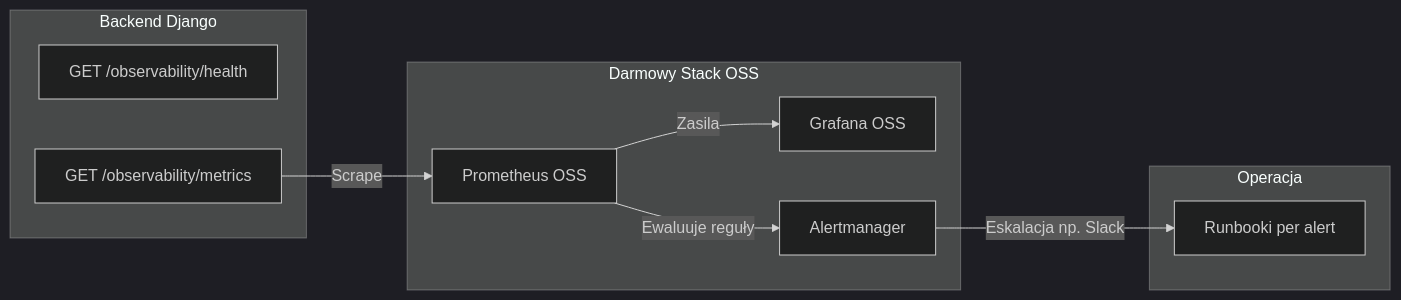
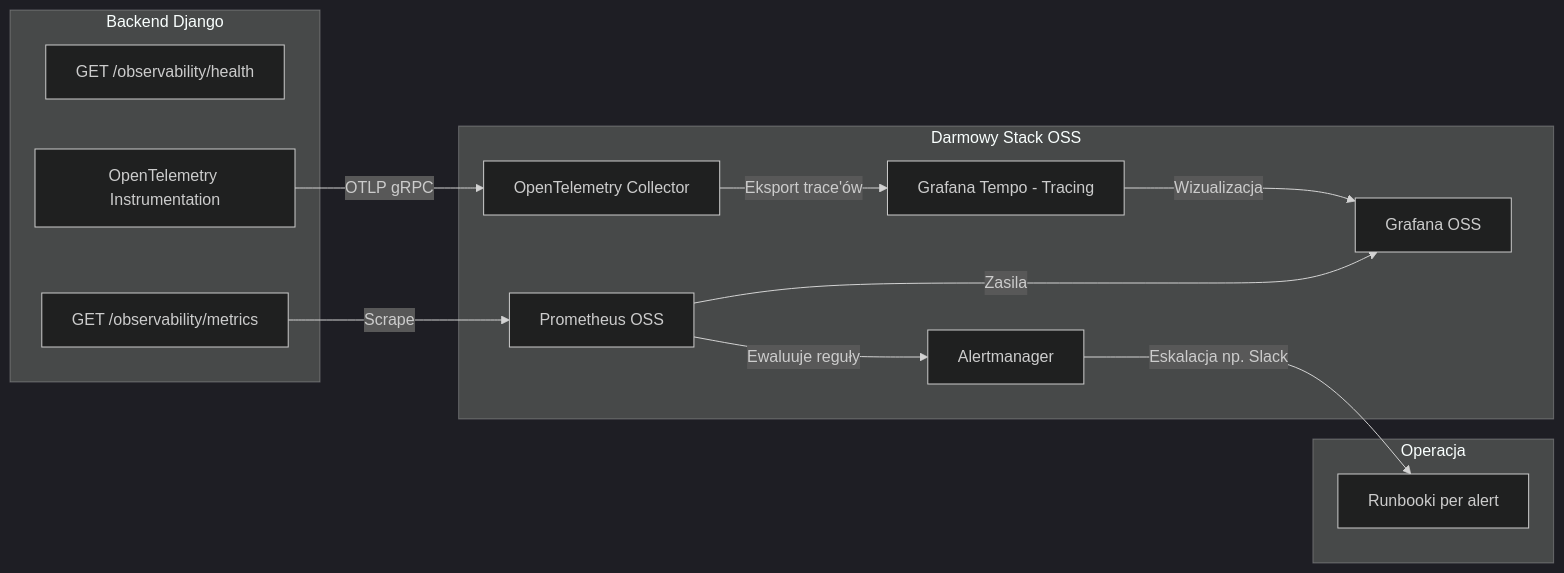
The diagram in .cursor/plans/observability_wdrożenie.plan.md (piotrpopiolek/cogitomedic), drawn with Mermaid (dark theme) before and after one commit. The commit also changed other lines of this file and 9 other files, not shown here.

First line of the commit message:
Implement OpenTelemetry for enhanced observability

````diff
--- a/.cursor/plans/observability_wdrożenie.plan.md
+++ b/.cursor/plans/observability_wdrożenie.plan.md
@@ -43,20 +43,26 @@
 ```mermaid
 flowchart LR
   subgraph backend [Backend Django]
     Health[GET /observability/health]
     Metrics[GET /observability/metrics]
+    Tracing[OpenTelemetry Instrumentation]
   end
   subgraph monitoring [Darmowy Stack OSS]
     Prom[Prometheus OSS]
     Graf[Grafana OSS]
     AlertM[Alertmanager]
+    OTelCol[OpenTelemetry Collector]
+    Tempo[Grafana Tempo - Tracing]
   end
   subgraph docs [Operacja]
     Runbooks[Runbooki per alert]
   end
   
   Metrics -->|Scrape| Prom
+  Tracing -->|OTLP gRPC| OTelCol
+  OTelCol -->|Eksport trace'ów| Tempo
+  Tempo -->|Wizualizacja| Graf
   Prom -->|Zasila| Graf
   Prom -->|Ewaluuje reguły| AlertM
   AlertM -->|Eskalacja np. Slack| Runbooks
 ```
````
